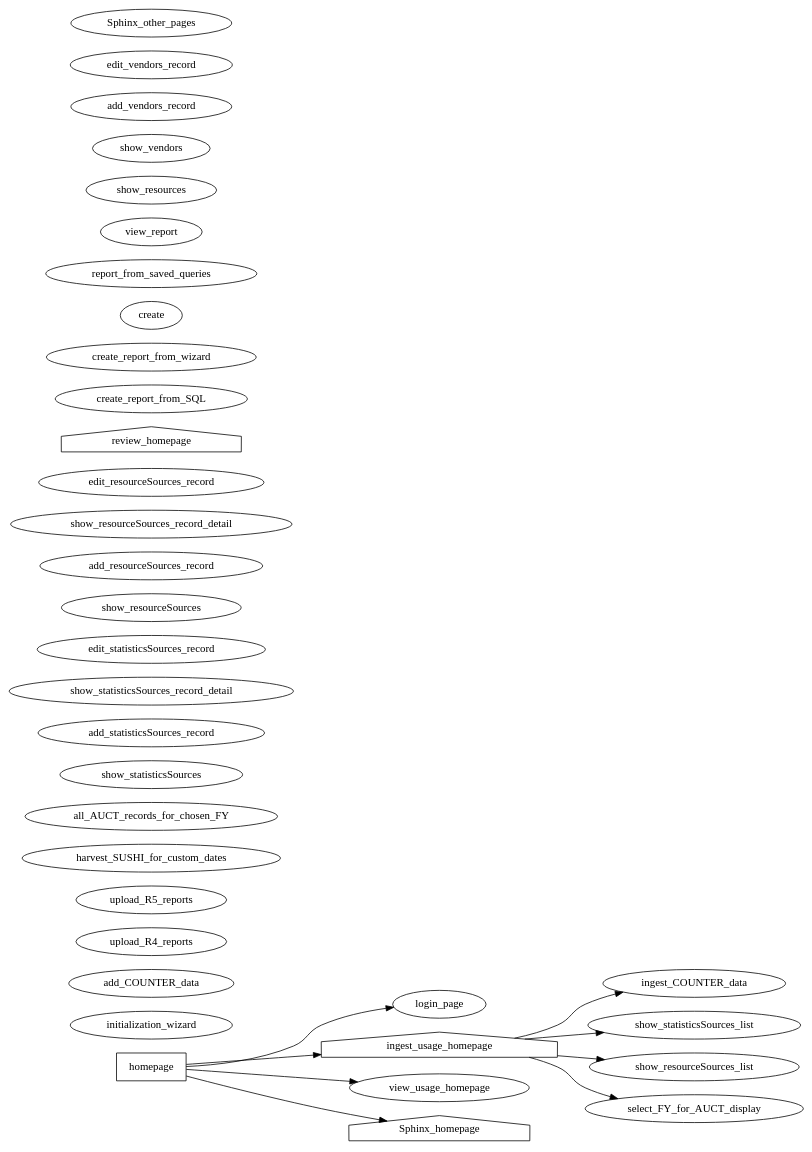
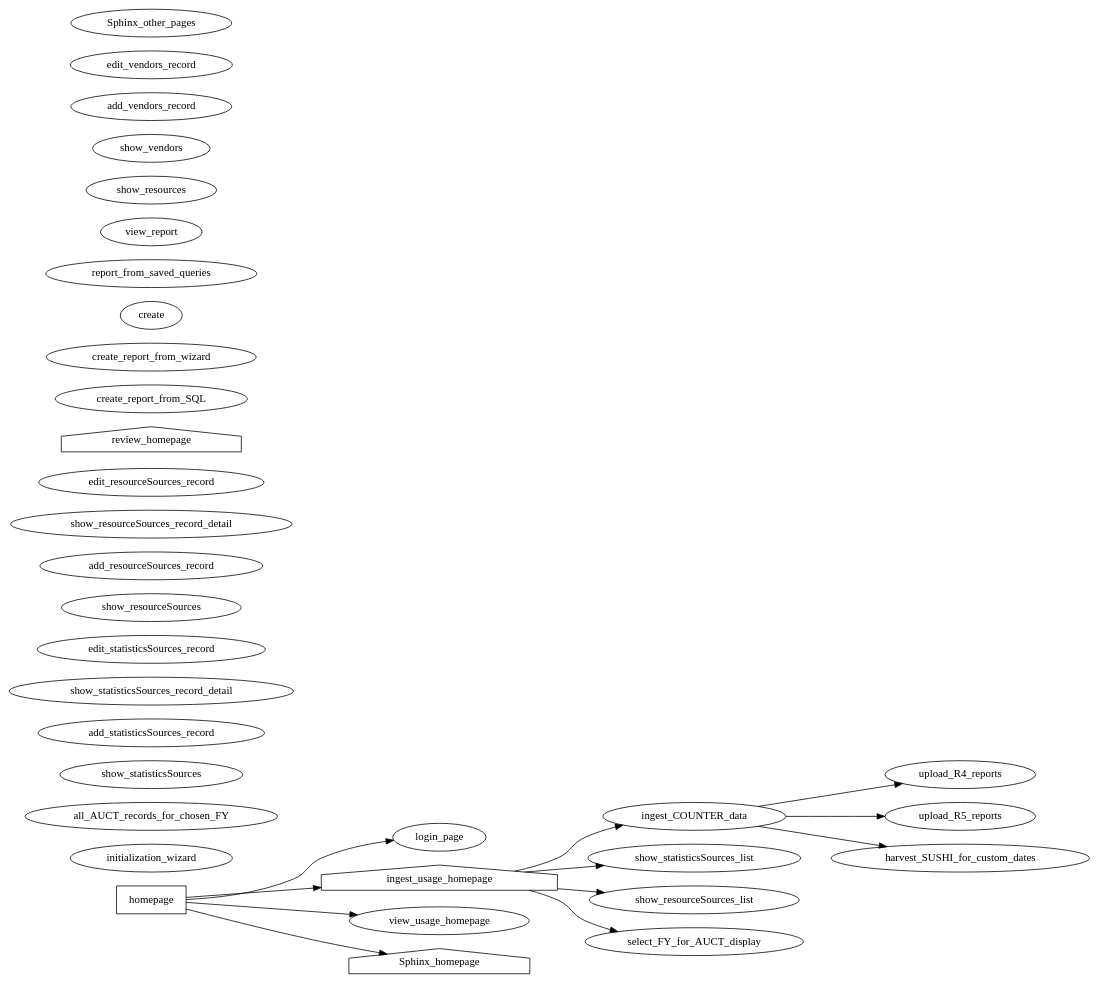
One commit to ereiskind/nolcat changed the diagram in docs/source/sitemap.dot. Above: the diagram before and after it, drawn with Graphviz.

Commit message:
Update pages for ingesting COUNTER data

```diff
--- a/docs/source/sitemap.dot
+++ b/docs/source/sitemap.dot
@@ -1,104 +1,106 @@
 digraph nolcat_sitemap {
     /* *** NoLCAT SITEMAP *** */
     rankdir=LR
 
 
     /* *** Main NoLCAT Folder *** */
     homepage [shape="box"]
         homepage -> login_page
         homepage -> ingest_usage_homepage
         homepage -> view_usage_homepage
         homepage -> Sphinx_homepage
     login_page
     // And any other pages needed for authentication
 
 
     /* *** `ingest` Blueprint *** */
     ingest_usage_homepage [shape="house"]
         ingest_usage_homepage -> ingest_COUNTER_data
         ingest_usage_homepage -> show_statisticsSources_list
         ingest_usage_homepage -> show_resourceSources_list
         ingest_usage_homepage -> select_FY_for_AUCT_display
+    
+    // Pages for ingesting COUNTER data
+    ingest_COUNTER_data
+        ingest_COUNTER_data -> upload_R4_reports
+        ingest_COUNTER_data -> upload_R5_reports
+        ingest_COUNTER_data -> harvest_SUSHI_for_custom_dates
+    upload_R4_reports
+    upload_R5_reports
+    harvest_SUSHI_for_custom_dates
 
 
     /* *** `view` Blueprint *** */
     //
 
 
     /* *** Collecting Usage Statistics *** */
     // Pages for collecting usage statistics
     
     initialization_wizard
-    add_COUNTER_data
-        //add_COUNTER_data -> upload_R4_reports
-        //add_COUNTER_data -> upload_R5_reports
-        //add_COUNTER_data -> harvest_SUSHI_for_custom_dates
-
-    // Pages for ingesting COUNTER data
-    upload_R4_reports
-    upload_R5_reports
-    harvest_SUSHI_for_custom_dates
+    
+    
 
     // Pages for organizing usage statistics collection
     select_FY_for_AUCT_display
         //select_FY_for_AUCT_display -> all_AUCT_records_for_chosen_FY
     all_AUCT_records_for_chosen_FY
     
     show_statisticsSources
         //show_statisticsSources -> add_statisticsSources_record
         //show_statisticsSources -> show_statisticsSources_record_detail
     add_statisticsSources_record
     show_statisticsSources_record_detail
         //show_statisticsSources_record_detail -> edit_statisticsSources_record
     edit_statisticsSources_record // Includes adding or editing notes
 
     show_resourceSources
         //show_resourceSources -> add_resourceSources_record
         //show_resourceSources -> show_resourceSources_record_detail
     add_resourceSources_record
     show_resourceSources_record_detail
         //show_resourceSources_record_detail -> edit_resourceSources_record
     edit_resourceSources_record // Includes adding or editing notes
 
 
     /* *** Reviewing Usage Statistics *** */
     // Pages for reviewing usage data
     review_homepage [shape="house"]
         //review_homepage -> create_report_from_SQL
         //review_homepage -> create_report_from_wizard
         //review_homepage -> create report_from_saved_queries
         //review_homepage -> show_resourceSources /* DUPLICATED BOX */
         //review_homepage -> show_resources
         //review_homepage -> show_vendors
     
     create_report_from_SQL // Runs a custom SQL statement against the database
     create_report_from_wizard // GUI options are used to write SQL behind the scenes
     create report_from_saved_queries // SQL statements that are either complete or only ask for one input for commonly asked questions
 
         //create_report_from_SQL -> view_report
         //create_report_from_wizard -> view_report
         //create_report_from_saved_queries -> view_report
     view_report
 
     show_resources // Meaning the items in the resources table
     
         //show_resourceSources -> add_resourceSources_record
     add_resourceSources_record
         //show_resourceSources_record_detail -> edit_resourceSources_record
     edit_resourceSources_record // Includes adding or editing notes
     /* A way to handle adding `statisticsSources` to these `resourcesSources` must be developed */
 
     show_vendors
         //show_vendors -> add_vendors_record
     add_vendors_record
         //show_vendors_record_detail -> edit_vendors_record
     edit_vendors_record // Includes adding or editing notes
 
 
     /* *** Program Documentation *** */
     // The Sphinx documentation for the web app
     Sphinx_homepage [shape="house"]
         //Sphinx_homepage -> Sphinx_other_pages
 
     Sphinx_other_pages // Use Sphinx itself for site organization
 }
```
